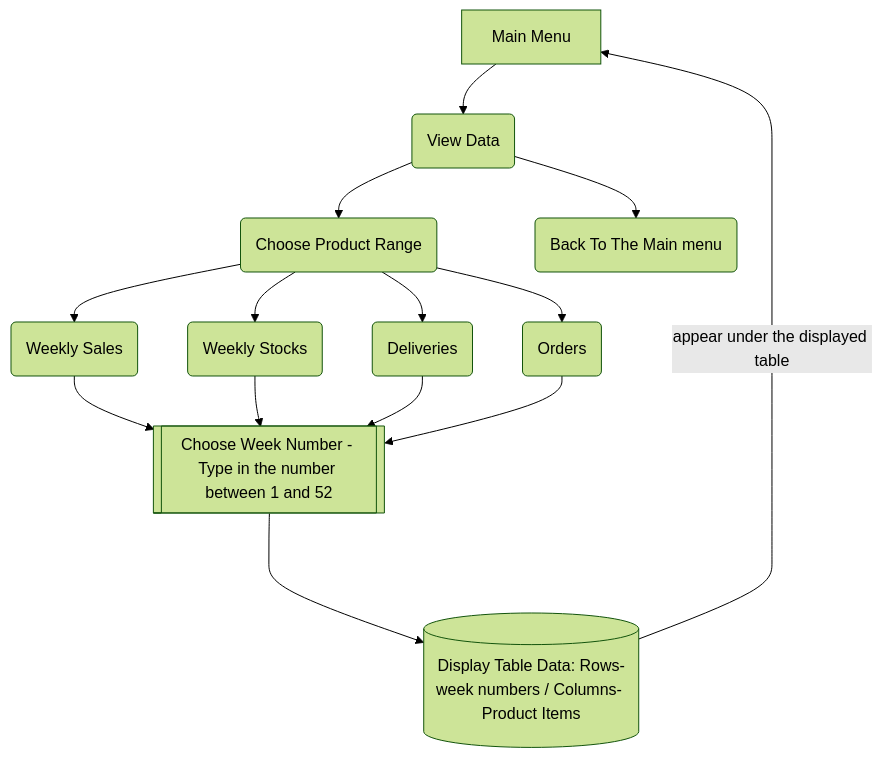
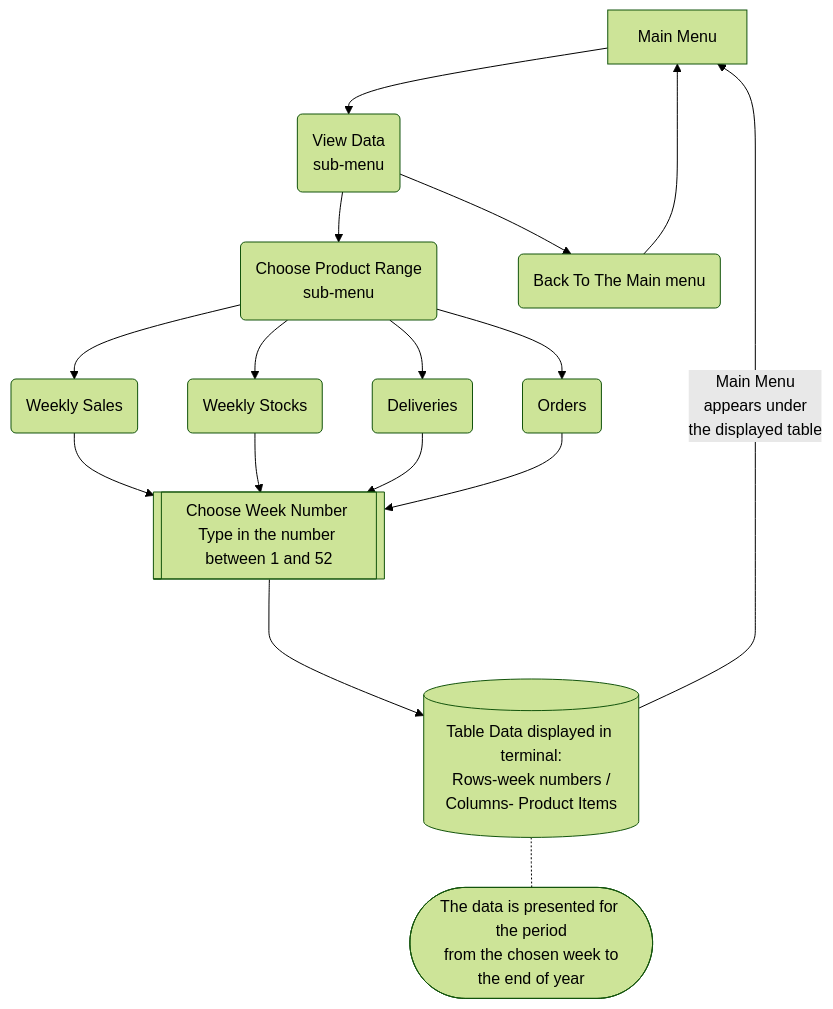
The second of 4 diagrams in README.md (Mykola-CI/forward-stock-plan), drawn with Mermaid (forest theme) before and after one commit. The commit also changed other lines of this file and 3 other files, not shown here.

````diff
--- a/README.md
+++ b/README.md
@@ -114,16 +118,19 @@
 ```mermaid
 flowchart TB
-A[Main Menu]-->AB(View data)
-AB(View Data)-->ABP(Choose Product Range)
+A[Main Menu]-->AB(View Data<br>sub-menu)
+AB-->ABP(Choose Product Range<br>sub-menu)
 ABP-->WS(Weekly Sales)
 ABP-->WSt(Weekly Stocks)
 ABP-->D(Deliveries)
 ABP-->O(Orders)
 AB-->B(Back To The Main menu)
-WS-->W[[Choose Week Number - Type in the number between 1 and 52]]
+B-->A
+WS-->W[[Choose Week Number <br>Type in the number between 1 and 52]]
 WSt-->W
 D-->W
 O-->W
-W--->TD[(Display Table Data: Rows-week numbers / Columns- Product Items)]
-TD--appear under the displayed table-->A
+W--->TD[(Table Data displayed in terminal:<br> Rows-week numbers / Columns- Product Items)]
+TD-.-P([The data is presented for the period<br> from the chosen week to the end of year])
+TD--Main Menu <br> appears under <br> the displayed table-->A
+
 ```
````
